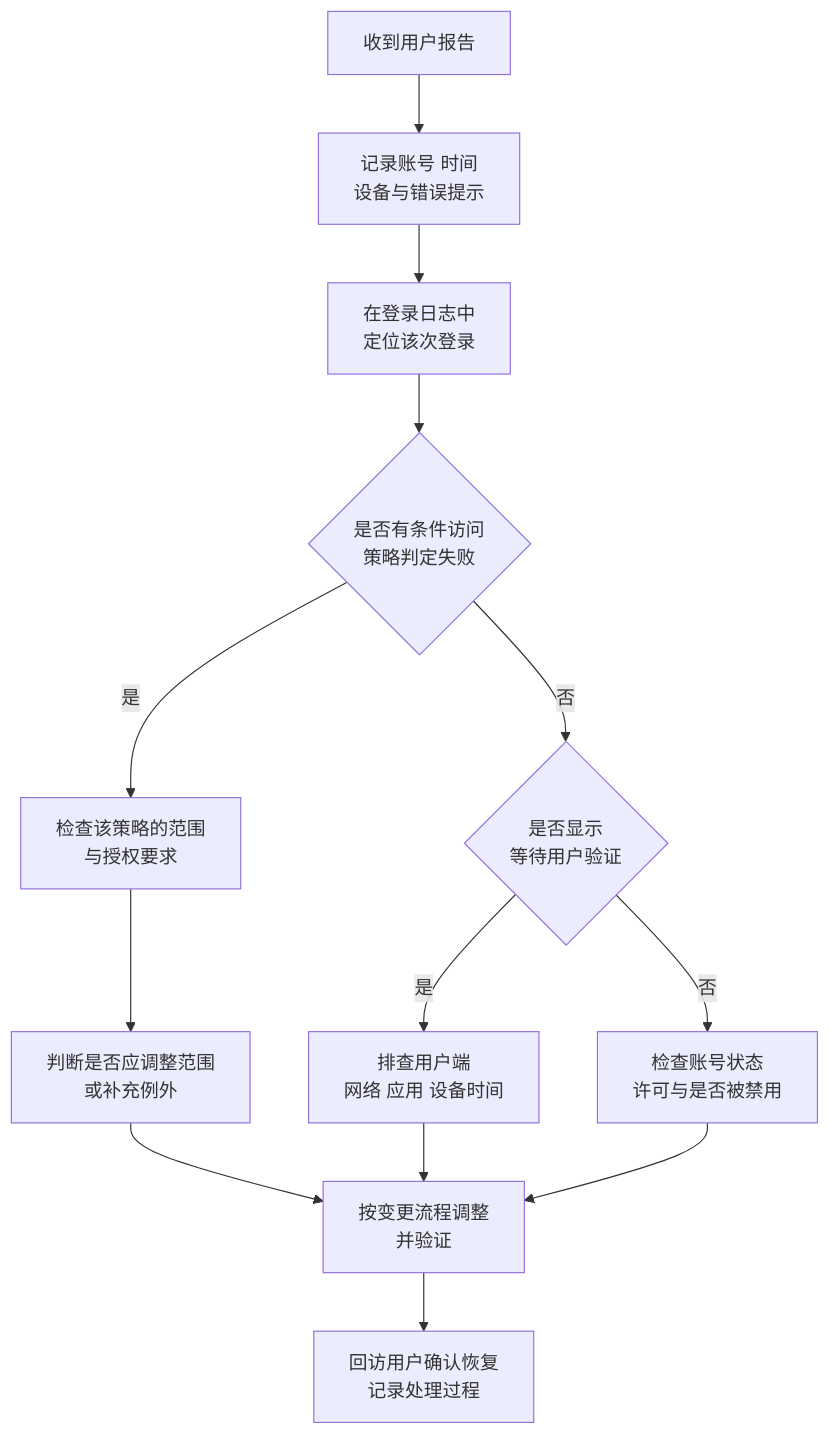
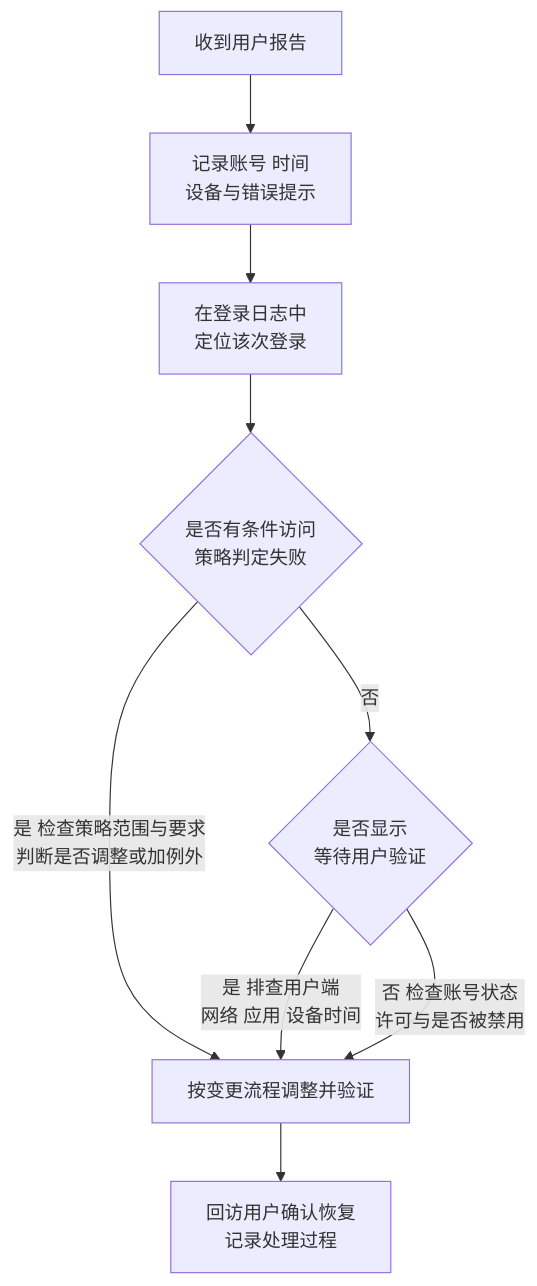
One commit to zerioo1970/summary changed the first of 2 diagrams in Microsoft-365企业导入实施方案/02-基础建设-租户身份与MFA/10-MFA排查验收与巡检.md. Above: the diagram before and after it, drawn with Mermaid. The commit also changed 14 other files, not shown here.

First line of the commit message:
fix(docs): 修正 Mermaid 图渲染问题（15 个文件）

````diff
--- a/Microsoft-365企业导入实施方案/02-基础建设-租户身份与MFA/10-MFA排查验收与巡检.md
+++ b/Microsoft-365企业导入实施方案/02-基础建设-租户身份与MFA/10-MFA排查验收与巡检.md
@@ -64,15 +64,11 @@
 ```mermaid
 graph TD
     A[收到用户报告] --> B[记录账号 时间<br/>设备与错误提示]
     B --> C[在登录日志中<br/>定位该次登录]
     C --> D{是否有条件访问<br/>策略判定失败}
-    D -->|是| E[检查该策略的范围<br/>与授权要求]
+    D -->|是 检查策略范围与要求<br/>判断是否调整或加例外| Y[按变更流程调整并验证]
     D -->|否| F{是否显示<br/>等待用户验证}
-    E --> G[判断是否应调整范围<br/>或补充例外]
-    F -->|是| H[排查用户端<br/>网络 应用 设备时间]
-    F -->|否| I[检查账号状态<br/>许可与是否被禁用]
-    G --> J[按变更流程调整<br/>并验证]
-    H --> J
-    I --> J
-    J --> K[回访用户确认恢复<br/>记录处理过程]
+    F -->|是 排查用户端<br/>网络 应用 设备时间| Y
+    F -->|否 检查账号状态<br/>许可与是否被禁用| Y
+    Y --> Z[回访用户确认恢复<br/>记录处理过程]
 ```
````
